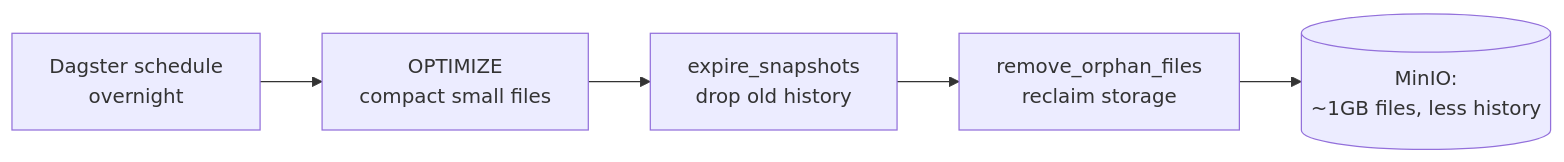
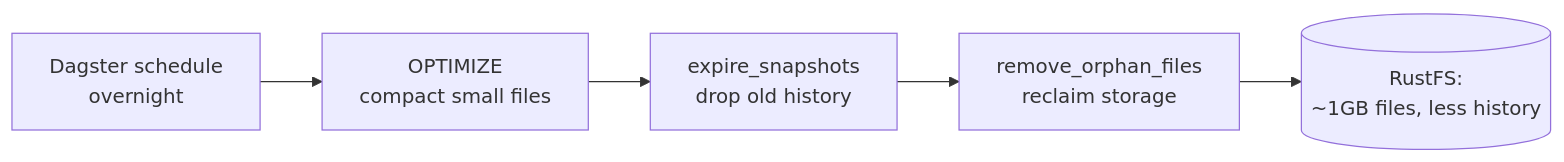
The third of 3 diagrams in docs/tech/architecture/02-data-flow.md (christiannarbon/open-iceberg-stack), drawn with Mermaid before and after one commit. The commit also changed other lines of this file, not shown here.

Commit message:
updating architecture docs for dataflow

````diff
--- a/docs/tech/architecture/02-data-flow.md
+++ b/docs/tech/architecture/02-data-flow.md
@@ -92,7 +92,7 @@
 ```mermaid
 flowchart LR
     sched[Dagster schedule<br/>overnight] --> opt[OPTIMIZE<br/>compact small files]
     opt --> exp[expire_snapshots<br/>drop old history]
     exp --> orph[remove_orphan_files<br/>reclaim storage]
-    orph --> minio[(MinIO:<br/>~1GB files, less history)]
+    orph --> rustfs[(RustFS:<br/>~1GB files, less history)]
 ```
````
